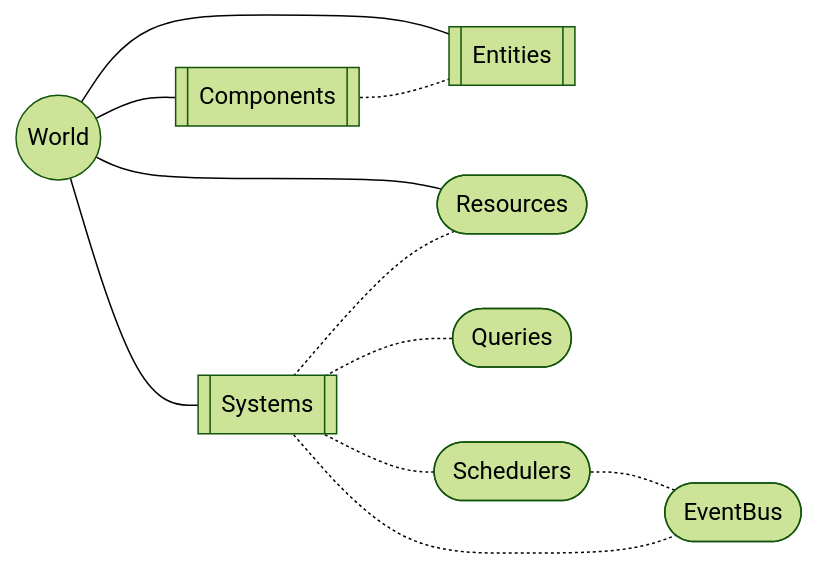
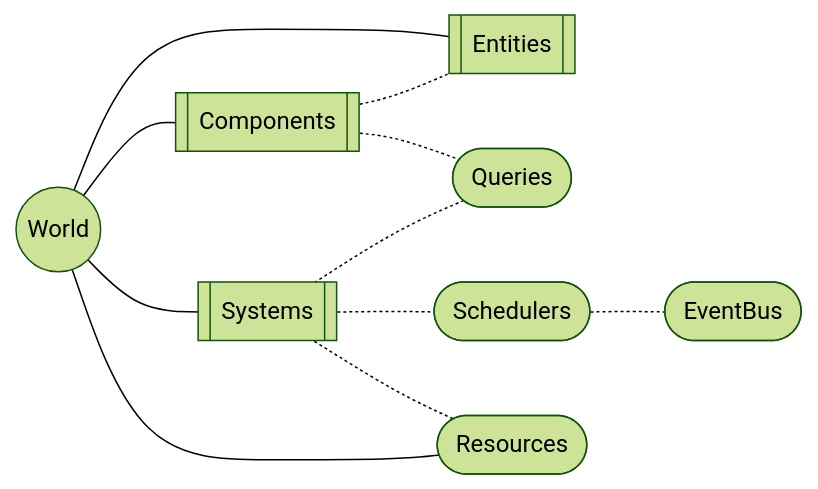
Before and after one commit to republique-et-canton-de-geneve/bim-ecs: the diagram in README.md, drawn with Mermaid (forest theme). The commit also changed other lines of this file, not shown here.

````diff
--- a/README.md
+++ b/README.md
@@ -31,14 +70,14 @@
 ```mermaid
 flowchart LR
 
     World(("World"))---Entities
     World---Components[["Components"]]
     Components-.-Entities[["Entities"]]
     World---Systems[["Systems"]]
+    Components-.-Queries
+    Systems-.-Schedulers(["Schedulers"])
+    Systems-.-Resources
     World----Resources(["Resources"])
-    Systems-.-Resources
     Systems-.-Queries(["Queries"])
-    Systems-.-Schedulers(["Schedulers"])
     Schedulers -.- EventBus(["EventBus"])
-    Systems -.- EventBus(["EventBus"])
 ```
````
